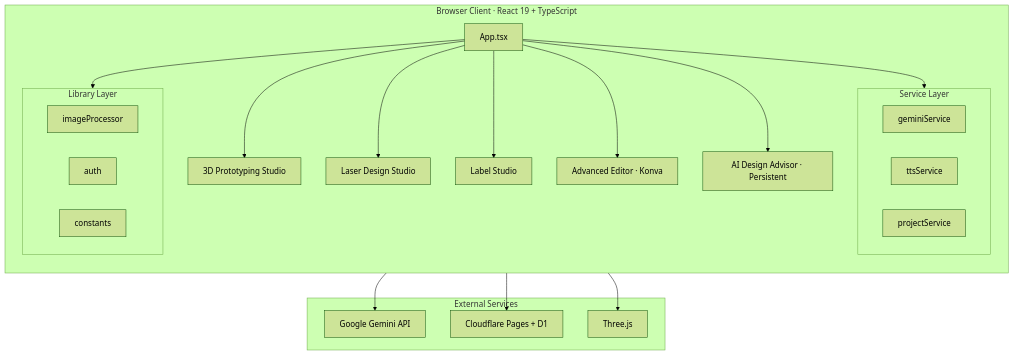
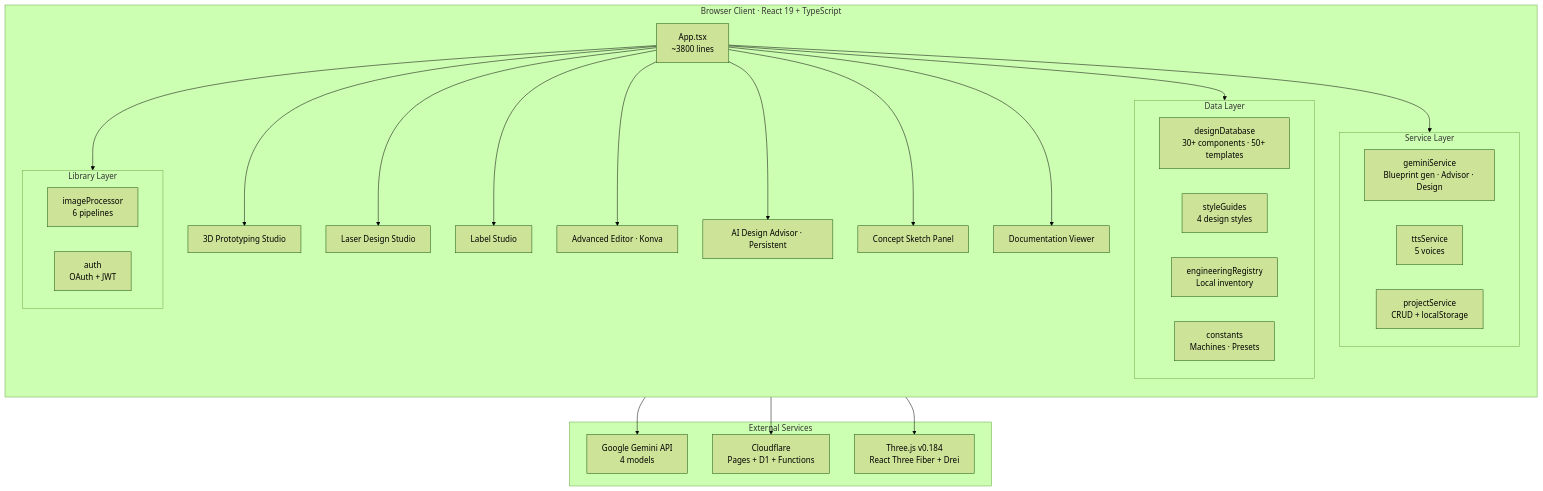
Before and after one commit to danieljtrujillo/substrata-by-gantasmo: the first of 3 diagrams in README.md, drawn with Mermaid (forest theme). The commit also changed other lines of this file and 16 other files, not shown here.

Commit message:
docs: comprehensive README overhaul with 14 screenshots, full feature inventory, architecture diagrams, and export reference

````diff
--- a/README.md
+++ b/README.md
@@ -185,32 +341,40 @@
 ```mermaid
 graph TB
     subgraph Browser["Browser Client · React 19 + TypeScript"]
         direction TB
-        App["App.tsx"]
+        App["App.tsx<br/>~3800 lines"]
         App --> PS["3D Prototyping Studio"]
         App --> LS["Laser Design Studio"]
         App --> LB["Label Studio"]
         App --> AE["Advanced Editor · Konva"]
         App --> AI["AI Design Advisor · Persistent"]
+        App --> SK["Concept Sketch Panel"]
+        App --> DV["Documentation Viewer"]
+        subgraph Data["Data Layer"]
+            DB["designDatabase<br/>30+ components · 50+ templates"]
+            SG["styleGuides<br/>4 design styles"]
+            ER["engineeringRegistry<br/>Local inventory"]
+            CO["constants<br/>Machines · Presets"]
+        end
         subgraph Services["Service Layer"]
-            GS["geminiService"]
-            TTS["ttsService"]
-            ProjS["projectService"]
+            GS["geminiService<br/>Blueprint gen · Advisor · Design"]
+            TTS["ttsService<br/>5 voices"]
+            ProjS["projectService<br/>CRUD + localStorage"]
         end
         subgraph Libs["Library Layer"]
-            IP["imageProcessor"]
-            Auth["auth"]
-            Const["constants"]
+            IP["imageProcessor<br/>6 pipelines"]
+            Auth["auth<br/>OAuth + JWT"]
         end
+        App --> Data
         App --> Services
         App --> Libs
     end
     subgraph External["External Services"]
-        Gemini["Google Gemini API"]
-        CF["Cloudflare Pages + D1"]
-        THREE["Three.js"]
+        Gemini["Google Gemini API<br/>4 models"]
+        CF["Cloudflare<br/>Pages + D1 + Functions"]
+        THREE["Three.js v0.184<br/>React Three Fiber + Drei"]
     end
     Services --> Gemini
     Services --> CF
     PS --> THREE
 ```
````
